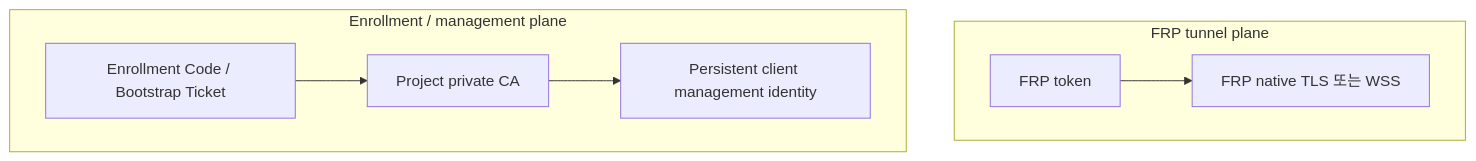
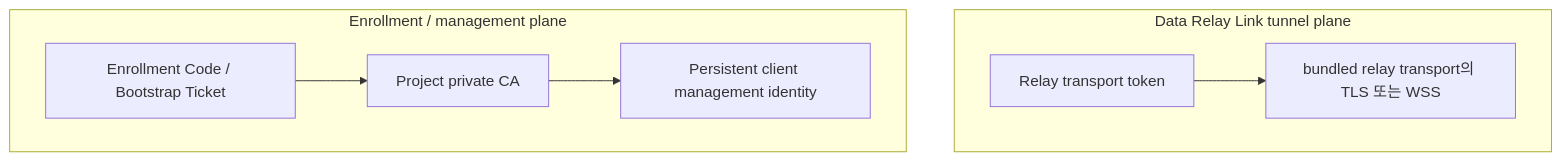
One commit to datarelay-labs/data-relay-link-docs changed the first of 3 diagrams in ko/security/overview.mdx. Above: the diagram before and after it, drawn with Mermaid. The commit also changed other lines of this file and 32 other files, not shown here.

````diff
--- a/ko/security/overview.mdx
+++ b/ko/security/overview.mdx
@@ -12,16 +12,16 @@
 ```mermaid
 flowchart TB
-    subgraph TUNNEL[FRP tunnel plane]
-      FT[FRP token]
-      FC[FRP native TLS 또는 WSS]
+    subgraph TUNNEL[Data Relay Link tunnel plane]
+      FT[Relay transport token]
+      FC[bundled relay transport의 TLS 또는 WSS]
     end
 
     subgraph MGMT[Enrollment / management plane]
       EC[Enrollment Code / Bootstrap Ticket]
       CA[Project private CA]
       MI[Persistent client management identity]
     end
 
     EC --> CA --> MI
     FT --> FC
 ```
````
